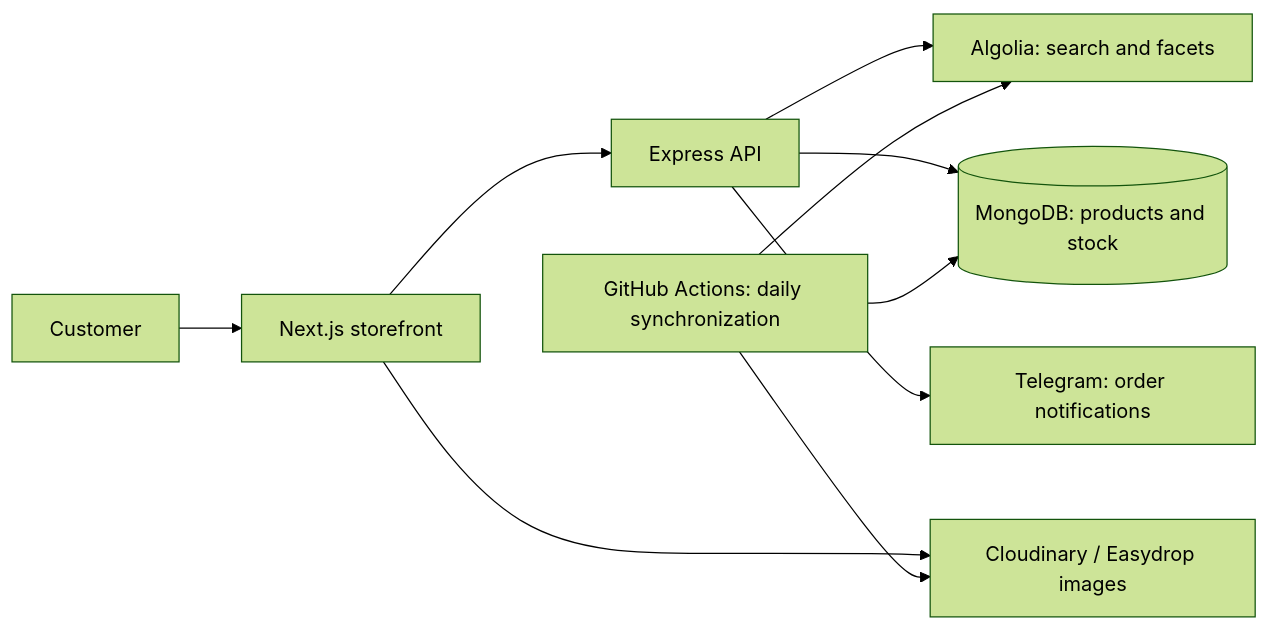
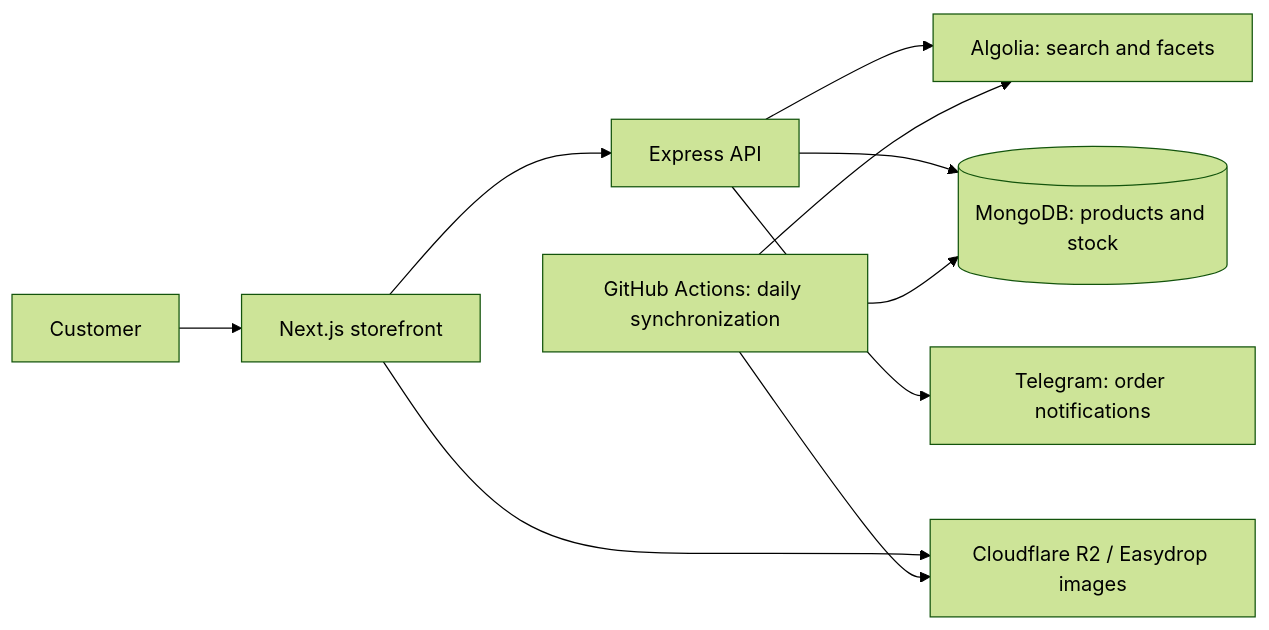
The diagram in README.md (RavemanThc/krossava-store-front), drawn with Mermaid (forest theme) before and after one commit. The commit also changed other lines of this file and 4 other files, not shown here.

````diff
--- a/README.md
+++ b/README.md
@@ -78,12 +78,12 @@
 ```mermaid
 flowchart LR
     Visitor[Customer] --> Next[Next.js storefront]
     Next --> API[Express API]
     API --> Search[Algolia: search and facets]
     API --> DB[(MongoDB: products and stock)]
     API --> Orders[Telegram: order notifications]
-    Next --> Images[Cloudinary / Easydrop images]
+    Next --> Images[Cloudflare R2 / Easydrop images]
     Sync[GitHub Actions: daily synchronization] --> DB
     Sync --> Search
     Sync --> Images
 ```
````
